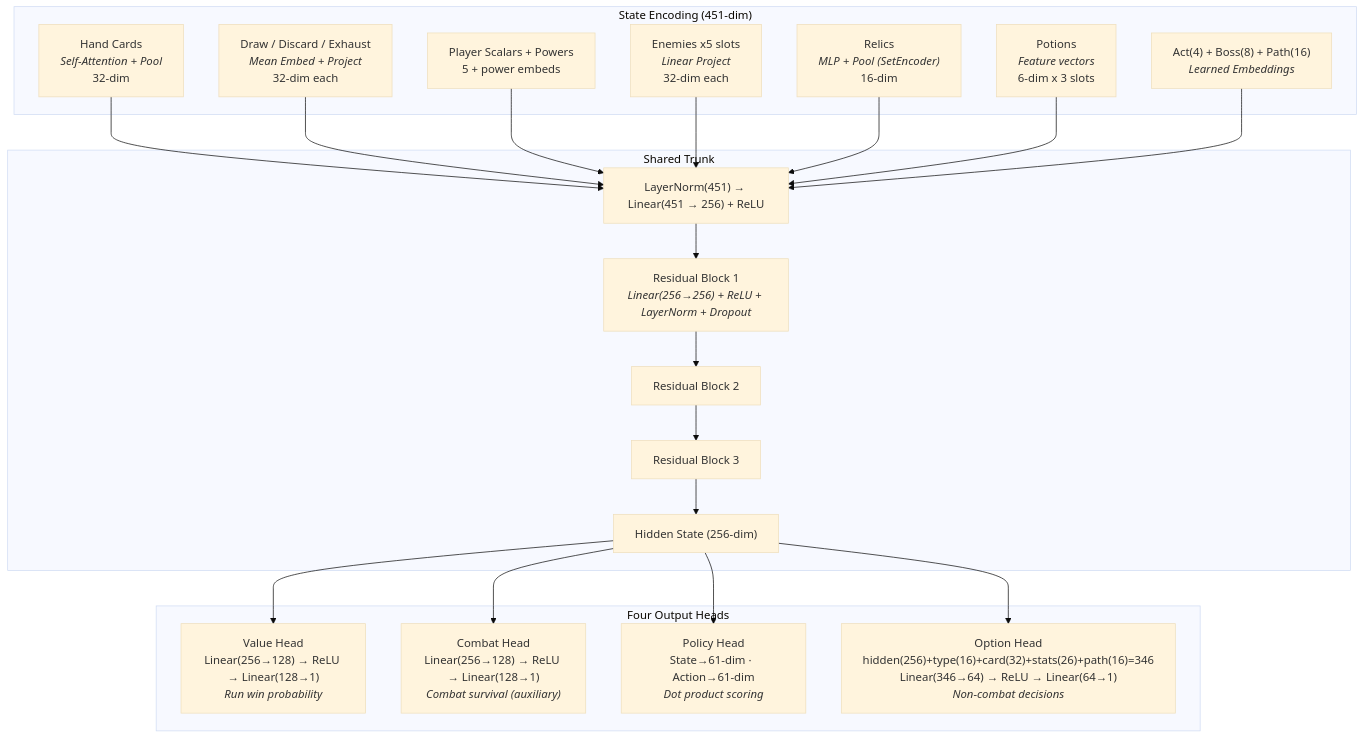
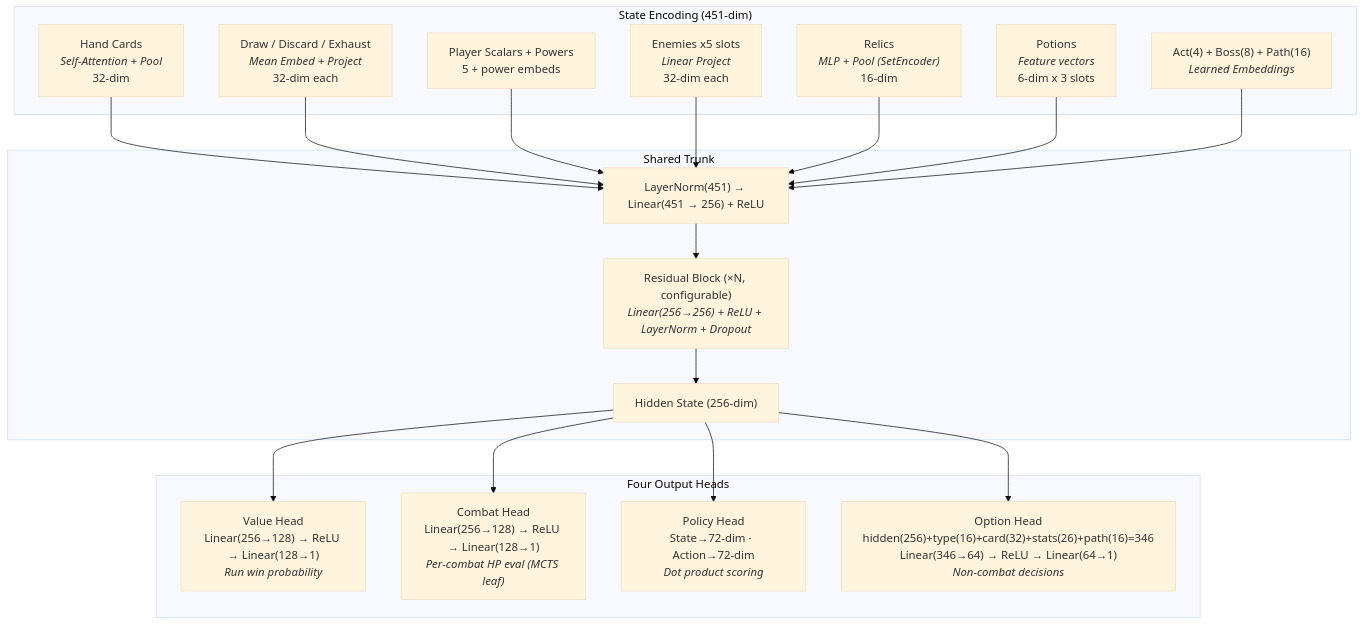
The diagram in ALPHAZERO_GUIDE.md (dbyrne/ClawTheSpire), drawn with Mermaid (base theme) before and after one commit. The commit also changed other lines of this file, not shown here.

````diff
--- a/ALPHAZERO_GUIDE.md
+++ b/ALPHAZERO_GUIDE.md
@@ -30,40 +30,38 @@
 ```mermaid
 graph TD
     subgraph Inputs["State Encoding (451-dim)"]
         Hand["Hand Cards<br/><i>Self-Attention + Pool</i><br/>32-dim"]
         Piles["Draw / Discard / Exhaust<br/><i>Mean Embed + Project</i><br/>32-dim each"]
         Player["Player Scalars + Powers<br/>5 + power embeds"]
         Enemies["Enemies x5 slots<br/><i>Linear Project</i><br/>32-dim each"]
         Relics["Relics<br/><i>MLP + Pool (SetEncoder)</i><br/>16-dim"]
         Potions["Potions<br/><i>Feature vectors</i><br/>6-dim x 3 slots"]
         Context["Act(4) + Boss(8) + Path(16)<br/><i>Learned Embeddings</i>"]
     end
 
     subgraph Trunk["Shared Trunk"]
         TrunkIn["LayerNorm(451) → Linear(451 → 256) + ReLU"]
-        Res1["Residual Block 1<br/><i>Linear(256→256) + ReLU + LayerNorm + Dropout</i>"]
-        Res2["Residual Block 2"]
-        Res3["Residual Block 3"]
+        Res1["Residual Block (×N, configurable)<br/><i>Linear(256→256) + ReLU + LayerNorm + Dropout</i>"]
         Hidden["Hidden State (256-dim)"]
     end
 
     subgraph Heads["Four Output Heads"]
         Value["Value Head<br/>Linear(256→128) → ReLU → Linear(128→1)<br/><i>Run win probability</i>"]
-        Combat["Combat Head<br/>Linear(256→128) → ReLU → Linear(128→1)<br/><i>Combat survival (auxiliary)</i>"]
-        Policy["Policy Head<br/>State→61-dim ·  Action→61-dim<br/><i>Dot product scoring</i>"]
+        Combat["Combat Head<br/>Linear(256→128) → ReLU → Linear(128→1)<br/><i>Per-combat HP eval (MCTS leaf)</i>"]
+        Policy["Policy Head<br/>State→72-dim ·  Action→72-dim<br/><i>Dot product scoring</i>"]
         Option["Option Head<br/>hidden(256)+type(16)+card(32)+stats(26)+path(16)=346<br/>Linear(346→64) → ReLU → Linear(64→1)<br/><i>Non-combat decisions</i>"]
     end
 
     Hand --> TrunkIn
     Piles --> TrunkIn
     Player --> TrunkIn
     Enemies --> TrunkIn
     Relics --> TrunkIn
     Potions --> TrunkIn
     Context --> TrunkIn
-    TrunkIn --> Res1 --> Res2 --> Res3 --> Hidden
+    TrunkIn --> Res1 --> Hidden
     Hidden --> Value
     Hidden --> Combat
     Hidden --> Policy
     Hidden --> Option
 ```
````
